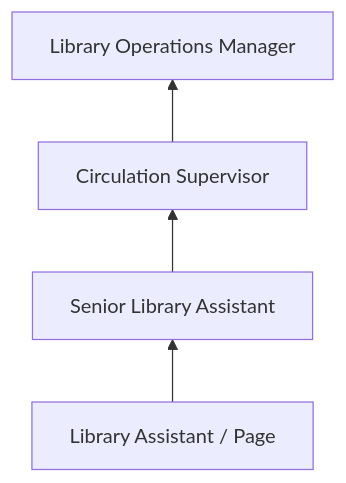
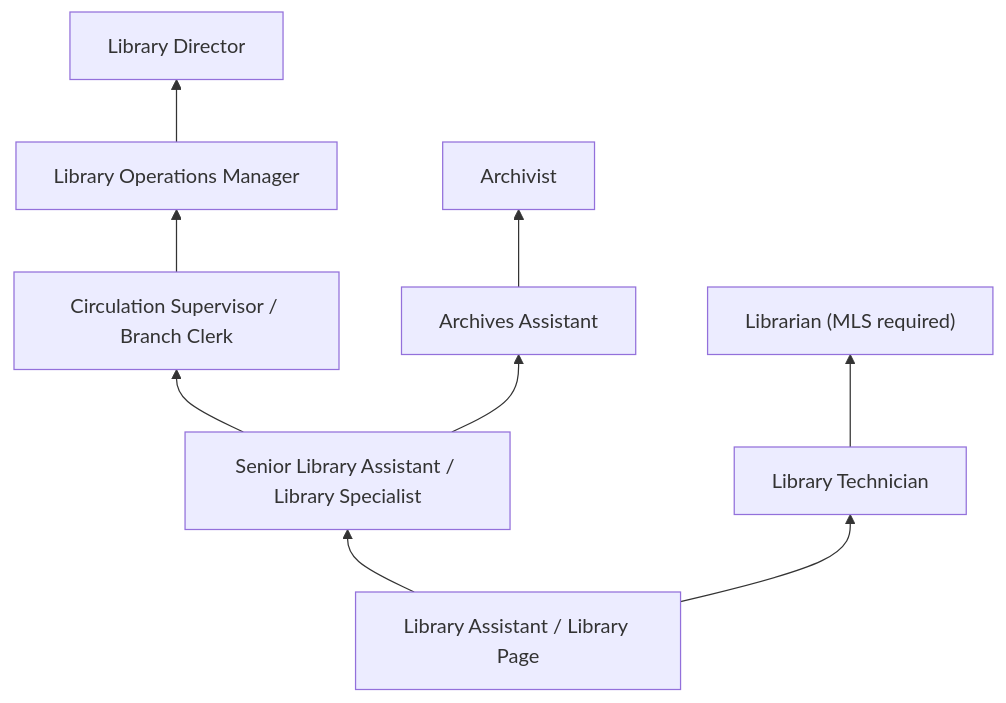
The third of 4 diagrams in occupations/Administrative/LibraryAssistantsClerical.mdx (kziemski/business.org.ai), drawn with Mermaid before and after one commit. The commit also changed other lines of this file and 19 other files, not shown here.

````diff
--- a/occupations/Administrative/LibraryAssistantsClerical.mdx
+++ b/occupations/Administrative/LibraryAssistantsClerical.mdx
@@ -73,6 +136,13 @@
 ```mermaid
 graph BT
-    Entry["Library Assistant / Page"] --> Mid["Senior Library Assistant"]
-    Mid --> Supervisor["Circulation Supervisor"]
+    Entry["Library Assistant / Library Page"] --> Mid["Senior Library Assistant / Library Specialist"]
+    Mid --> Supervisor["Circulation Supervisor / Branch Clerk"]
     Supervisor --> Manager["Library Operations Manager"]
+    Manager --> Director["Library Director"]
+
+    Entry --> Technical["Library Technician"]
+    Technical --> Librarian["Librarian (MLS required)"]
+
+    Mid --> Archives["Archives Assistant"]
+    Archives --> Archivist["Archivist"]
 ```
````
